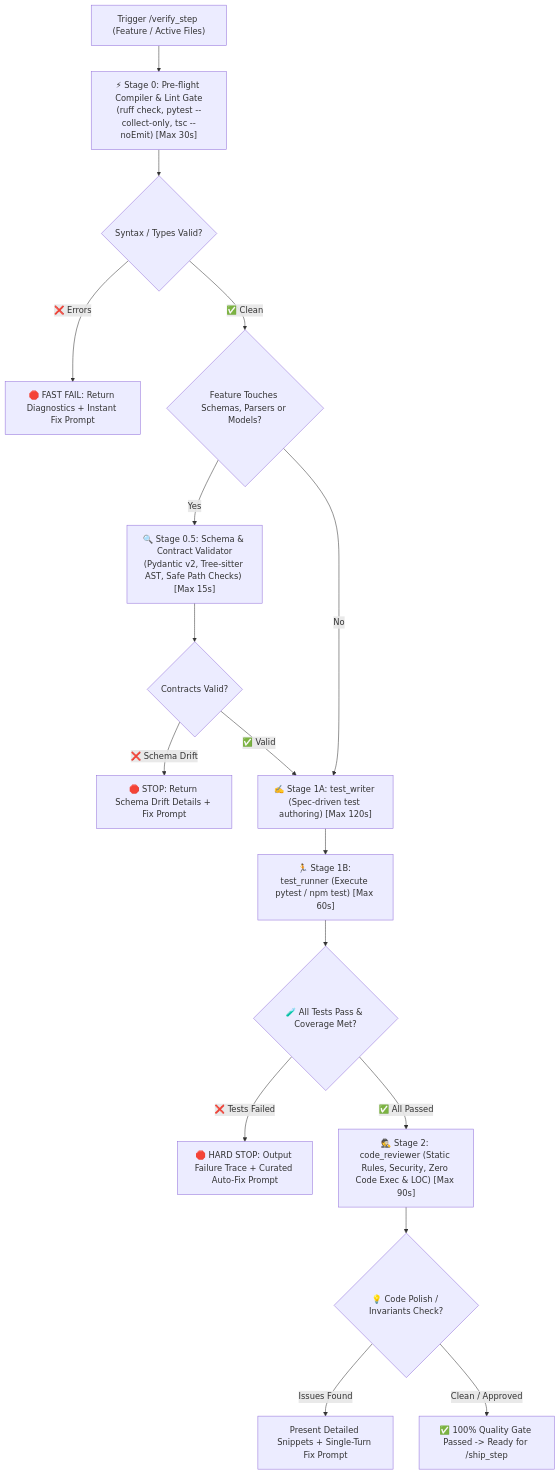
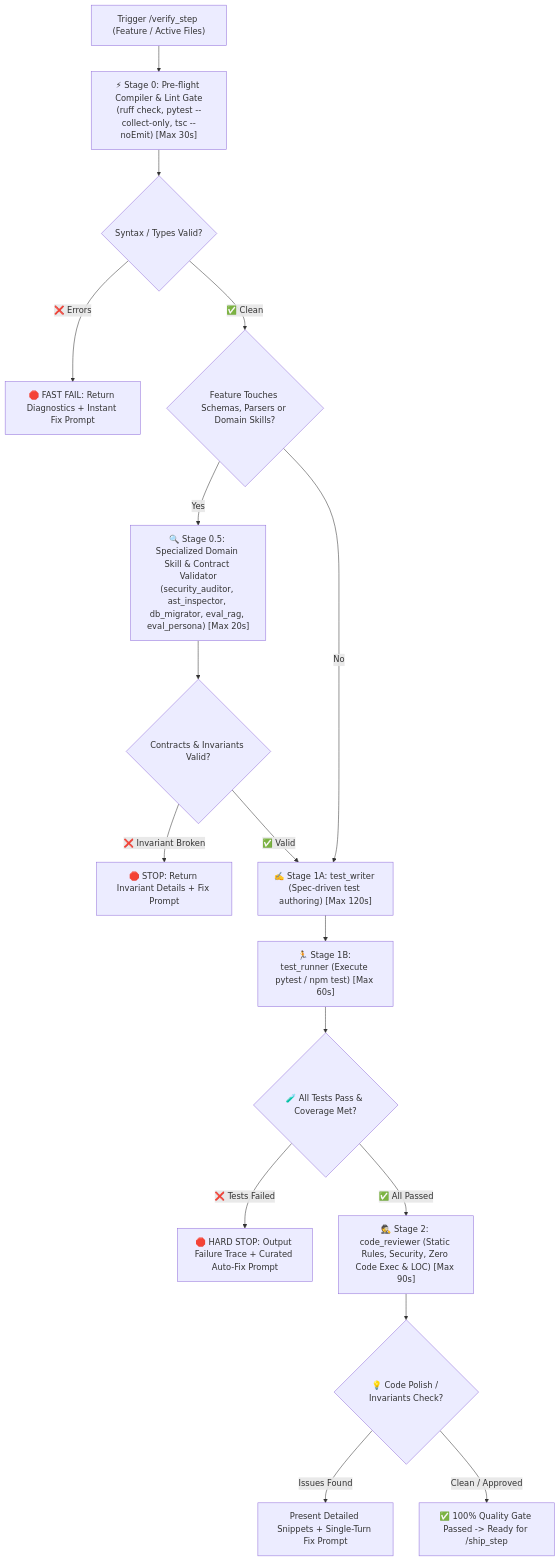
One commit to agrawalshivam279/RepoDefense changed the diagram in .agents/skills/verify_step/SKILL.md. Above: the diagram before and after it, drawn with Mermaid. The commit also changed other lines of this file and 10 other files, not shown here.

````diff
--- a/.agents/skills/verify_step/SKILL.md
+++ b/.agents/skills/verify_step/SKILL.md
@@ -20,23 +20,23 @@
 ```mermaid
 flowchart TD
     A["Trigger /verify_step (Feature / Active Files)"] --> S0["⚡ Stage 0: Pre-flight Compiler & Lint Gate<br/>(ruff check, pytest --collect-only, tsc --noEmit) [Max 30s]"]
     S0 --> S0Check{"Syntax / Types Valid?"}
     S0Check -- "❌ Errors" --> S0Fail["🛑 FAST FAIL: Return Diagnostics + Instant Fix Prompt"]
-    S0Check -- "✅ Clean" --> S05{"Feature Touches Schemas, Parsers or Models?"}
+    S0Check -- "✅ Clean" --> S05{"Feature Touches Schemas, Parsers or Domain Skills?"}
 
-    S05 -- "Yes" --> S05Val["🔍 Stage 0.5: Schema & Contract Validator<br/>(Pydantic v2, Tree-sitter AST, Safe Path Checks) [Max 15s]"]
-    S05Val --> S05Check{"Contracts Valid?"}
-    S05Check -- "❌ Schema Drift" --> S05Fail["🛑 STOP: Return Schema Drift Details + Fix Prompt"]
+    S05 -- "Yes" --> S05Val["🔍 Stage 0.5: Specialized Domain Skill & Contract Validator<br/>(security_auditor, ast_inspector, db_migrator, eval_rag, eval_persona) [Max 20s]"]
+    S05Val --> S05Check{"Contracts & Invariants Valid?"}
+    S05Check -- "❌ Invariant Broken" --> S05Fail["🛑 STOP: Return Invariant Details + Fix Prompt"]
     S05Check -- "✅ Valid" --> B["✍️ Stage 1A: test_writer (Spec-driven test authoring) [Max 120s]"]
     S05 -- "No" --> B
 
     B --> C["🏃 Stage 1B: test_runner (Execute pytest / npm test) [Max 60s]"]
     C --> D{"🧪 All Tests Pass & Coverage Met?"}
 
     D -- "❌ Tests Failed" --> E["🛑 HARD STOP: Output Failure Trace + Curated Auto-Fix Prompt"]
     D -- "✅ All Passed" --> F["🕵️ Stage 2: code_reviewer (Static Rules, Security, Zero Code Exec & LOC) [Max 90s]"]
 
     F --> G{"💡 Code Polish / Invariants Check?"}
     G -- "Issues Found" --> H["Present Detailed Snippets + Single-Turn Fix Prompt"]
     G -- "Clean / Approved" --> I["✅ 100% Quality Gate Passed -> Ready for /ship_step"]
 ```
````
